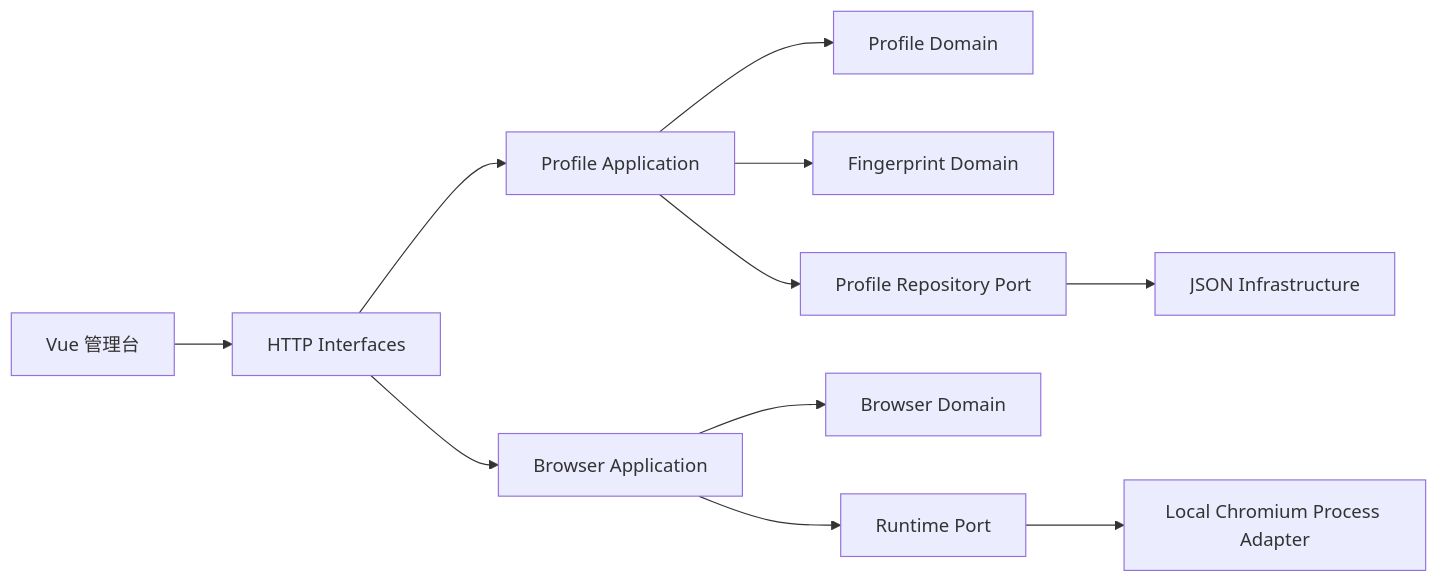
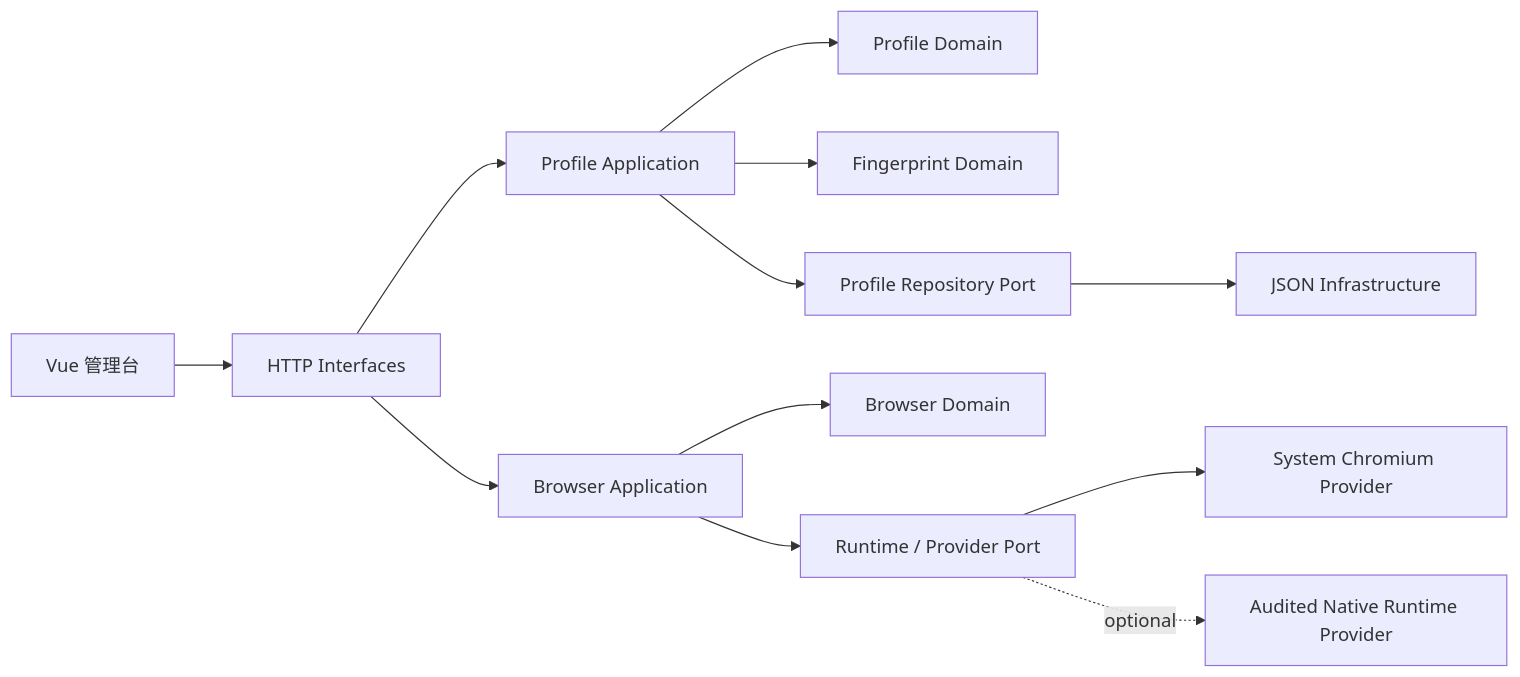
The diagram in docs/architecture.md (miahwk/profileweave), drawn with Mermaid before and after one commit. The commit also changed other lines of this file and 31 other files, not shown here.

````diff
--- a/docs/architecture.md
+++ b/docs/architecture.md
@@ -40,13 +41,14 @@
 ```mermaid
 flowchart LR
   UI["Vue 管理台"] --> API["HTTP Interfaces"]
   API --> PA["Profile Application"]
   API --> BA["Browser Application"]
   PA --> PD["Profile Domain"]
   PA --> FD["Fingerprint Domain"]
   BA --> BD["Browser Domain"]
   PA --> PR["Profile Repository Port"]
-  BA --> RR["Runtime Port"]
+  BA --> RR["Runtime / Provider Port"]
   PR --> JSON["JSON Infrastructure"]
-  RR --> PROC["Local Chromium Process Adapter"]
+  RR --> PROC["System Chromium Provider"]
+  RR -. optional .-> NATIVE["Audited Native Runtime Provider"]
 ```
````
